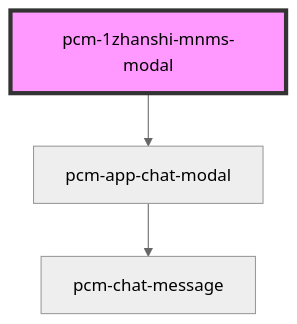
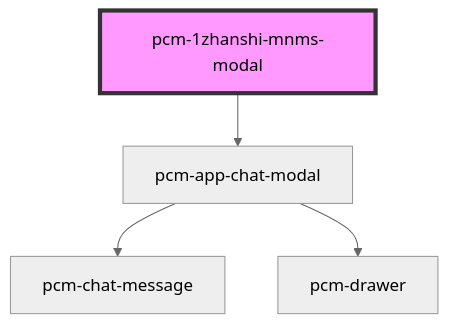
The diagram in packages/pcm-agents/docs/components/pcm-1zhanshi-mnms-modal/readme.md (Pincaimao/pcm-agents-sdk), drawn with Mermaid (neutral theme) before and after one commit. The commit also changed other lines of this file and 17 other files, not shown here.

````diff
--- a/packages/pcm-agents/docs/components/pcm-1zhanshi-mnms-modal/readme.md
+++ b/packages/pcm-agents/docs/components/pcm-1zhanshi-mnms-modal/readme.md
@@ -47,6 +48,7 @@
 ```mermaid
 graph TD;
   pcm-1zhanshi-mnms-modal --> pcm-app-chat-modal
   pcm-app-chat-modal --> pcm-chat-message
+  pcm-app-chat-modal --> pcm-drawer
   style pcm-1zhanshi-mnms-modal fill:#f9f,stroke:#333,stroke-width:4px
 ```
````
